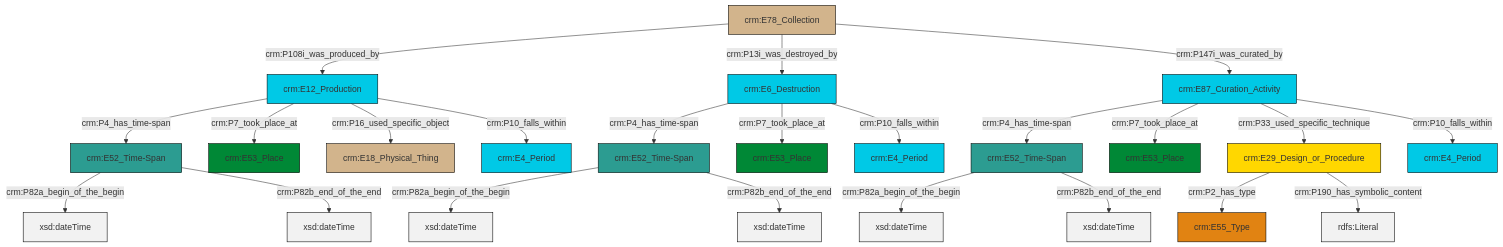
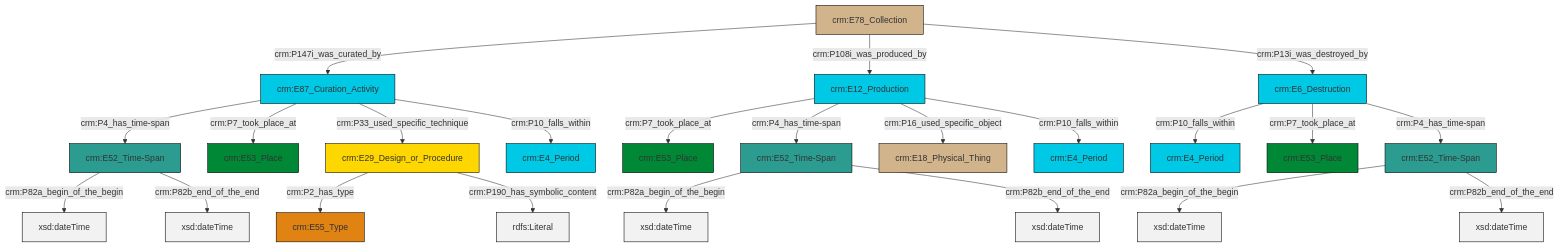
Before and after one commit to swiss-art-research-net/docs.swissartresearch: the diagram in et/archivalCSV/ttl/mmd/archival_existence.ttl.mmd, drawn with Mermaid. The commit also changed 177 other files, not shown here.

```diff
--- a/et/archivalCSV/ttl/mmd/archival_existence.ttl.mmd
+++ b/et/archivalCSV/ttl/mmd/archival_existence.ttl.mmd
@@ -1,37 +1,37 @@
 graph TD
 classDef Literal fill:#f2f2f2,stroke:#000000;
 classDef CRM_Entity fill:#FFFFFF,stroke:#000000;
 classDef Temporal_Entity fill:#00C9E6, stroke:#000000;
 classDef Type fill:#E18312, stroke:#000000;
 classDef Time-Span fill:#2C9C91, stroke:#000000;
 classDef Appellation fill:#FFEB7F, stroke:#000000;
 classDef Place fill:#008836, stroke:#000000;
 classDef Persistent_Item fill:#B266B2, stroke:#000000;
 classDef Conceptual_Object fill:#FFD700, stroke:#000000;
 classDef Physical_Thing fill:#D2B48C, stroke:#000000;
 classDef Actor fill:#f58aad, stroke:#000000;
 classDef PC_Classes fill:#4ce600, stroke:#000000;
 classDef Multi fill:#cccccc,stroke:#000000;
 
-4["crm:E12_Production"]:::Temporal_Entity -->|crm:P4_has_time-span| 5["crm:E52_Time-Span"]:::Time-Span
-6["crm:E78_Collection"]:::Physical_Thing -->|crm:P108i_was_produced_by| 4["crm:E12_Production"]:::Temporal_Entity
-7["crm:E6_Destruction"]:::Temporal_Entity -->|crm:P4_has_time-span| 8["crm:E52_Time-Span"]:::Time-Span
-2["crm:E29_Design_or_Procedure"]:::Conceptual_Object -->|crm:P2_has_type| 9["crm:E55_Type"]:::Type
-12["crm:E87_Curation_Activity"]:::Temporal_Entity -->|crm:P4_has_time-span| 13["crm:E52_Time-Span"]:::Time-Span
-6["crm:E78_Collection"]:::Physical_Thing -->|crm:P13i_was_destroyed_by| 7["crm:E6_Destruction"]:::Temporal_Entity
-7["crm:E6_Destruction"]:::Temporal_Entity -->|crm:P7_took_place_at| 15["crm:E53_Place"]:::Place
-12["crm:E87_Curation_Activity"]:::Temporal_Entity -->|crm:P7_took_place_at| 19["crm:E53_Place"]:::Place
-4["crm:E12_Production"]:::Temporal_Entity -->|crm:P7_took_place_at| 21["crm:E53_Place"]:::Place
-2["crm:E29_Design_or_Procedure"]:::Conceptual_Object -->|crm:P190_has_symbolic_content| 22[rdfs:Literal]:::Literal
-4["crm:E12_Production"]:::Temporal_Entity -->|crm:P16_used_specific_object| 10["crm:E18_Physical_Thing"]:::Physical_Thing
-13["crm:E52_Time-Span"]:::Time-Span -->|crm:P82a_begin_of_the_begin| 26[xsd:dateTime]:::Literal
-13["crm:E52_Time-Span"]:::Time-Span -->|crm:P82b_end_of_the_end| 27[xsd:dateTime]:::Literal
-5["crm:E52_Time-Span"]:::Time-Span -->|crm:P82a_begin_of_the_begin| 28[xsd:dateTime]:::Literal
-5["crm:E52_Time-Span"]:::Time-Span -->|crm:P82b_end_of_the_end| 29[xsd:dateTime]:::Literal
-12["crm:E87_Curation_Activity"]:::Temporal_Entity -->|crm:P33_used_specific_technique| 2["crm:E29_Design_or_Procedure"]:::Conceptual_Object
-7["crm:E6_Destruction"]:::Temporal_Entity -->|crm:P10_falls_within| 0["crm:E4_Period"]:::Temporal_Entity
-6["crm:E78_Collection"]:::Physical_Thing -->|crm:P147i_was_curated_by| 12["crm:E87_Curation_Activity"]:::Temporal_Entity
-4["crm:E12_Production"]:::Temporal_Entity -->|crm:P10_falls_within| 30["crm:E4_Period"]:::Temporal_Entity
-8["crm:E52_Time-Span"]:::Time-Span -->|crm:P82a_begin_of_the_begin| 33[xsd:dateTime]:::Literal
-8["crm:E52_Time-Span"]:::Time-Span -->|crm:P82b_end_of_the_end| 34[xsd:dateTime]:::Literal
-12["crm:E87_Curation_Activity"]:::Temporal_Entity -->|crm:P10_falls_within| 17["crm:E4_Period"]:::Temporal_Entity
+0["crm:E52_Time-Span"]:::Time-Span -->|crm:P82a_begin_of_the_begin| 1[xsd:dateTime]:::Literal
+2["crm:E29_Design_or_Procedure"]:::Conceptual_Object -->|crm:P2_has_type| 3["crm:E55_Type"]:::Type
+6["crm:E12_Production"]:::Temporal_Entity -->|crm:P7_took_place_at| 7["crm:E53_Place"]:::Place
+10["crm:E52_Time-Span"]:::Time-Span -->|crm:P82a_begin_of_the_begin| 11[xsd:dateTime]:::Literal
+12["crm:E6_Destruction"]:::Temporal_Entity -->|crm:P10_falls_within| 13["crm:E4_Period"]:::Temporal_Entity
+14["crm:E52_Time-Span"]:::Time-Span -->|crm:P82a_begin_of_the_begin| 15[xsd:dateTime]:::Literal
+4["crm:E87_Curation_Activity"]:::Temporal_Entity -->|crm:P4_has_time-span| 0["crm:E52_Time-Span"]:::Time-Span
+2["crm:E29_Design_or_Procedure"]:::Conceptual_Object -->|crm:P190_has_symbolic_content| 18[rdfs:Literal]:::Literal
+12["crm:E6_Destruction"]:::Temporal_Entity -->|crm:P7_took_place_at| 8["crm:E53_Place"]:::Place
+4["crm:E87_Curation_Activity"]:::Temporal_Entity -->|crm:P7_took_place_at| 23["crm:E53_Place"]:::Place
+6["crm:E12_Production"]:::Temporal_Entity -->|crm:P4_has_time-span| 10["crm:E52_Time-Span"]:::Time-Span
+14["crm:E52_Time-Span"]:::Time-Span -->|crm:P82b_end_of_the_end| 27[xsd:dateTime]:::Literal
+4["crm:E87_Curation_Activity"]:::Temporal_Entity -->|crm:P33_used_specific_technique| 2["crm:E29_Design_or_Procedure"]:::Conceptual_Object
+4["crm:E87_Curation_Activity"]:::Temporal_Entity -->|crm:P10_falls_within| 19["crm:E4_Period"]:::Temporal_Entity
+10["crm:E52_Time-Span"]:::Time-Span -->|crm:P82b_end_of_the_end| 28[xsd:dateTime]:::Literal
+6["crm:E12_Production"]:::Temporal_Entity -->|crm:P16_used_specific_object| 29["crm:E18_Physical_Thing"]:::Physical_Thing
+6["crm:E12_Production"]:::Temporal_Entity -->|crm:P10_falls_within| 25["crm:E4_Period"]:::Temporal_Entity
+33["crm:E78_Collection"]:::Physical_Thing -->|crm:P147i_was_curated_by| 4["crm:E87_Curation_Activity"]:::Temporal_Entity
+33["crm:E78_Collection"]:::Physical_Thing -->|crm:P108i_was_produced_by| 6["crm:E12_Production"]:::Temporal_Entity
+12["crm:E6_Destruction"]:::Temporal_Entity -->|crm:P4_has_time-span| 14["crm:E52_Time-Span"]:::Time-Span
+33["crm:E78_Collection"]:::Physical_Thing -->|crm:P13i_was_destroyed_by| 12["crm:E6_Destruction"]:::Temporal_Entity
+0["crm:E52_Time-Span"]:::Time-Span -->|crm:P82b_end_of_the_end| 36[xsd:dateTime]:::Literal
```
